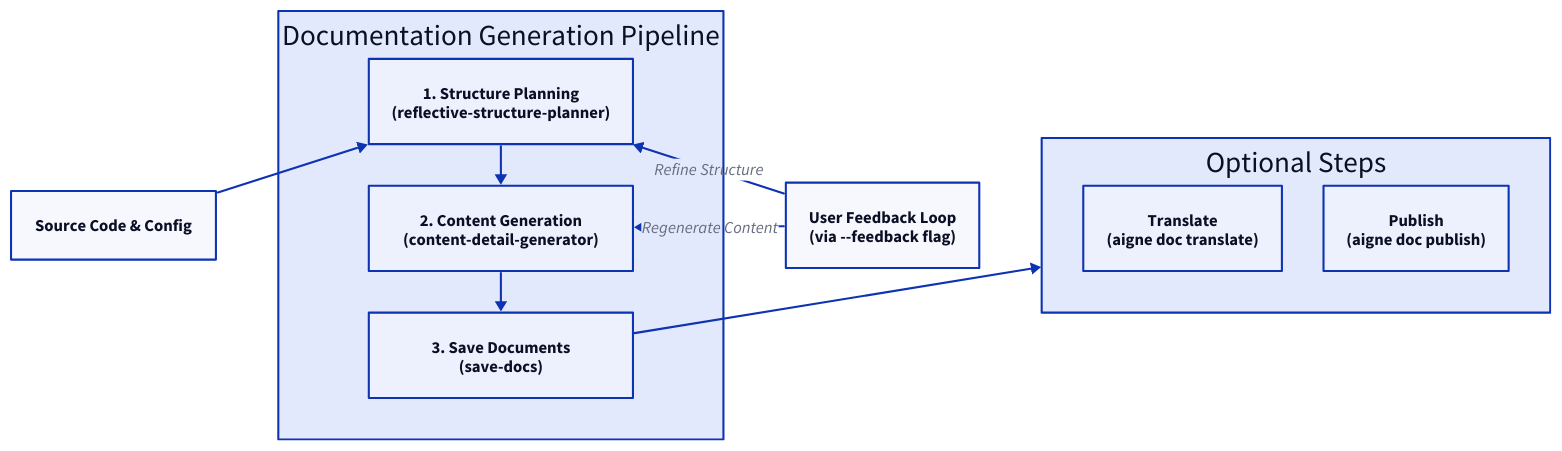
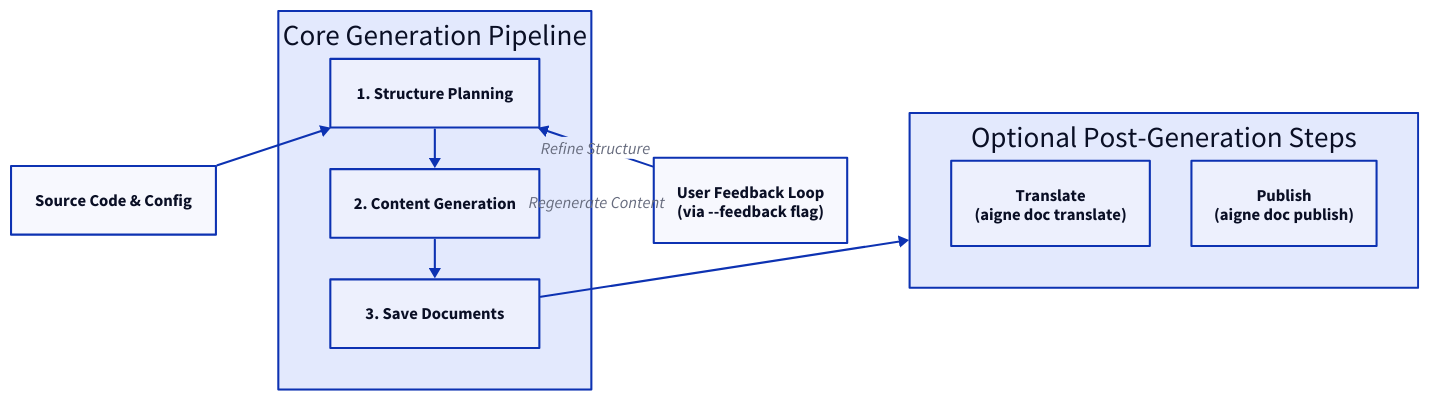
Before and after one commit to AIGNE-io/aigne-doc-smith: the diagram in docs/advanced-how-it-works.md, drawn with D2. The commit also changed other lines of this file and 27 other files, not shown here.

````diff
--- a/docs/advanced-how-it-works.md
+++ b/docs/advanced-how-it-works.md
@@ -11,60 +13,60 @@
 ```d2
 direction: down
 
 Input: {
   label: "Source Code & Config"
   shape: rectangle
 }
 
 Pipeline: {
-  label: "Documentation Generation Pipeline"
+  label: "Core Generation Pipeline"
   shape: rectangle
   grid-columns: 1
   grid-gap: 40
 
   Structure-Planning: {
-    label: "1. Structure Planning\n(reflective-structure-planner)"
+    label: "1. Structure Planning"
     shape: rectangle
   }
 
   Content-Generation: {
-    label: "2. Content Generation\n(content-detail-generator)"
+    label: "2. Content Generation"
     shape: rectangle
   }
 
   Saving: {
-    label: "3. Save Documents\n(save-docs)"
+    label: "3. Save Documents"
     shape: rectangle
   }
 }
 
 User-Feedback: {
   label: "User Feedback Loop\n(via --feedback flag)"
   shape: rectangle
 }
 
 Optional-Steps: {
-  label: "Optional Steps"
+  label: "Optional Post-Generation Steps"
   shape: rectangle
   grid-columns: 2
   grid-gap: 40
   
   Translation: {
     label: "Translate\n(aigne doc translate)"
     shape: rectangle
   }
 
   Publishing: {
     label: "Publish\n(aigne doc publish)"
     shape: rectangle
   }
 }
 
 Input -> Pipeline.Structure-Planning
 Pipeline.Structure-Planning -> Pipeline.Content-Generation
 Pipeline.Content-Generation -> Pipeline.Saving
 Pipeline.Saving -> Optional-Steps
 
 User-Feedback -> Pipeline.Structure-Planning: "Refine Structure"
 User-Feedback -> Pipeline.Content-Generation: "Regenerate Content"
 ```
````
